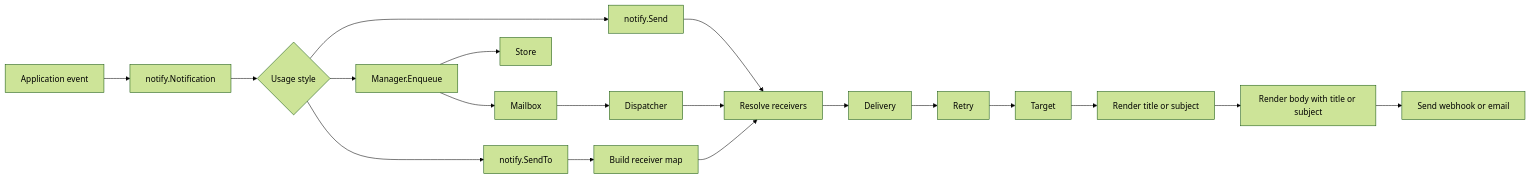
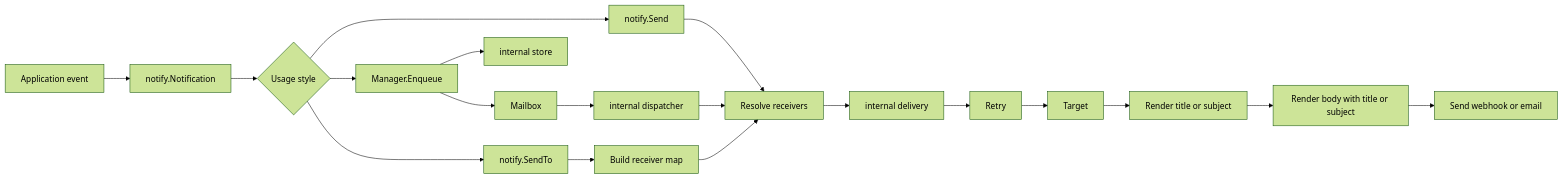
One commit to containeroo/notifykit changed the diagram in README.md. Above: the diagram before and after it, drawn with Mermaid (forest theme). The commit also changed other lines of this file and 15 other files, not shown here.

````diff
--- a/README.md
+++ b/README.md
@@ -224,21 +224,21 @@
 ```mermaid
 flowchart LR
     A[Application event] --> B[notify.Notification]
     B --> C{Usage style}
     C --> D[notify.SendTo]
     C --> E[notify.Send]
     C --> F[Manager.Enqueue]
-    F --> G[Store]
+    F --> G[internal store]
     F --> H[Mailbox]
-    H --> I[Dispatcher]
+    H --> I[internal dispatcher]
     D --> J[Build receiver map]
     E --> K[Resolve receivers]
     I --> K
     J --> K
-    K --> L[Delivery]
+    K --> L[internal delivery]
     L --> M[Retry]
     M --> N[Target]
     N --> O[Render title or subject]
     O --> P[Render body with title or subject]
     P --> Q[Send webhook or email]
 ```
````
